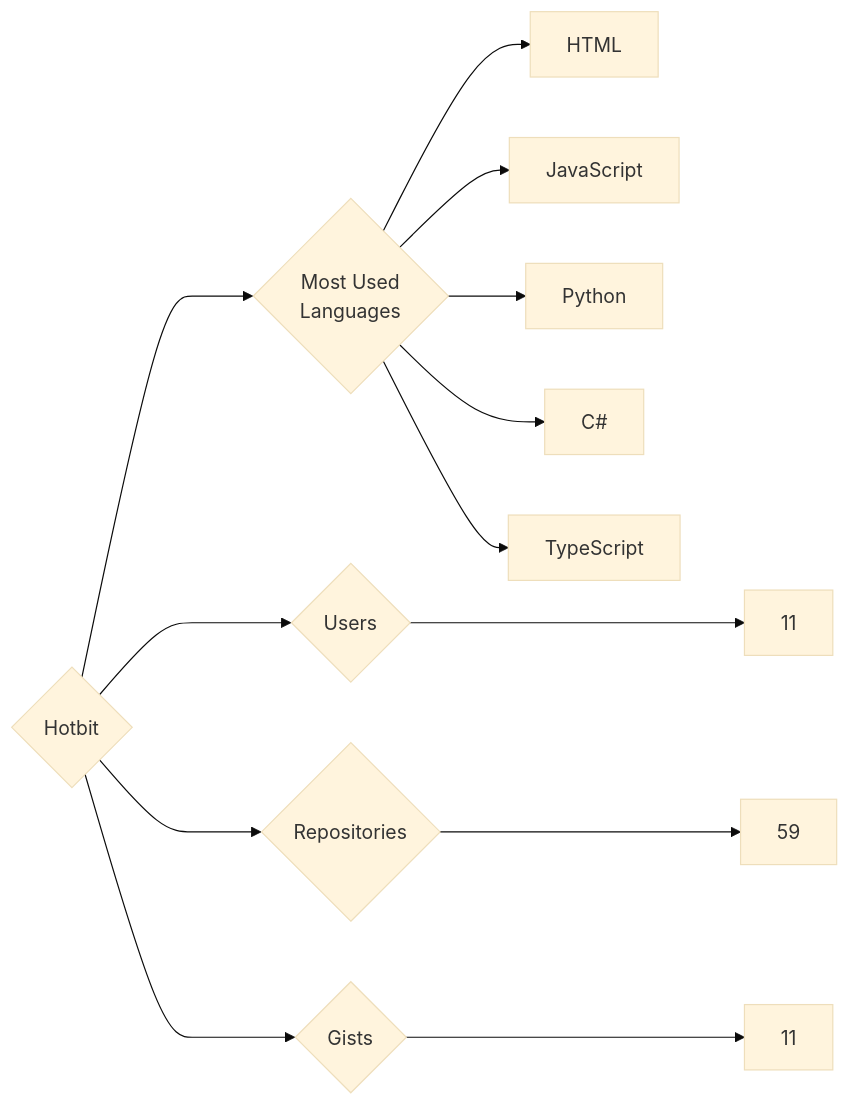
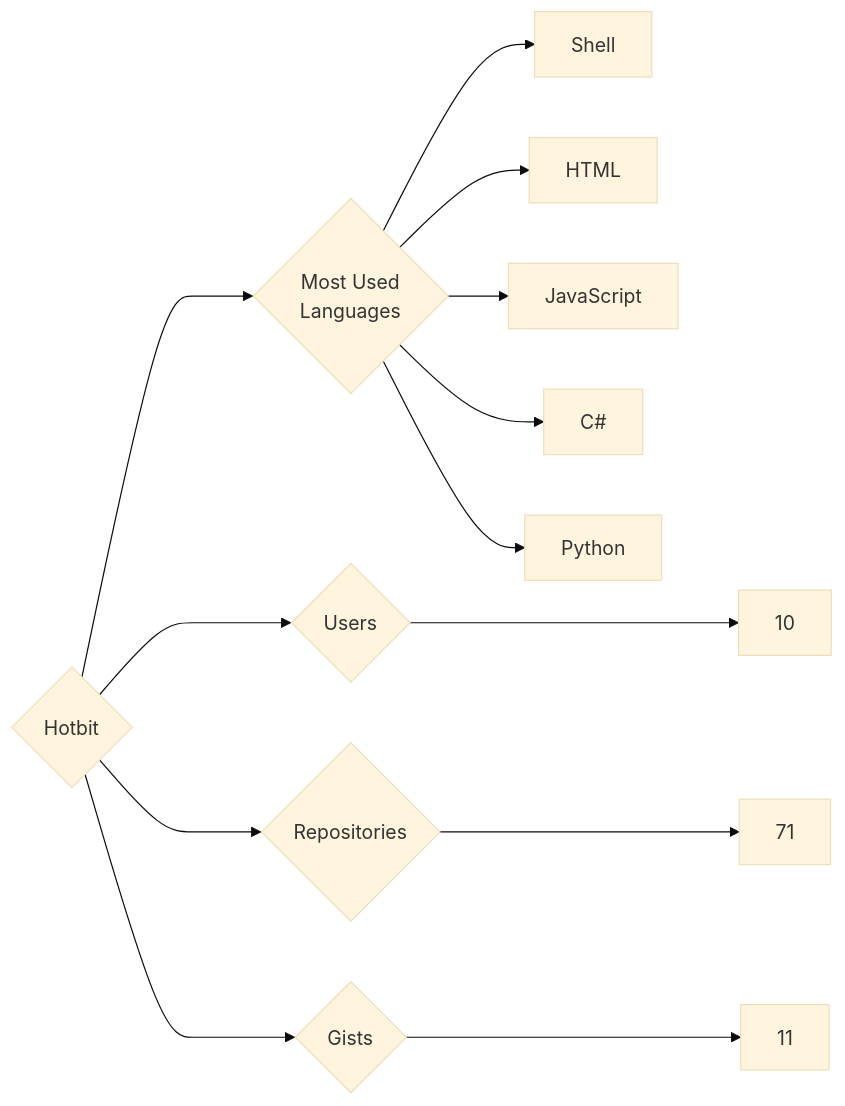
The diagram in targets/Hotbit/README.md (trickest/insiders), drawn with Mermaid (base theme) before and after one commit. The commit also changed 1170 other files, not shown here.

````diff
--- a/targets/Hotbit/README.md
+++ b/targets/Hotbit/README.md
@@ -3,13 +3,13 @@
 ```mermaid
 graph LR
 COMPANY_NAME{Hotbit}
-COMPANY_NAME ---> U{Users} ---> UN[11]
-COMPANY_NAME ---> R{Repositories} ---> RN[59]
+COMPANY_NAME ---> U{Users} ---> UN[10]
+COMPANY_NAME ---> R{Repositories} ---> RN[71]
 COMPANY_NAME ---> G{Gists} ---> GN[11]
 COMPANY_NAME ---> ML{Most Used<br>Languages}
+ML --> Shell[Shell]
 ML --> HTML[HTML]
 ML --> JavaScript[JavaScript]
+ML --> C#[C#]
 ML --> Python[Python]
-ML --> C#[C#]
-ML --> TypeScript[TypeScript]
 ```
````
